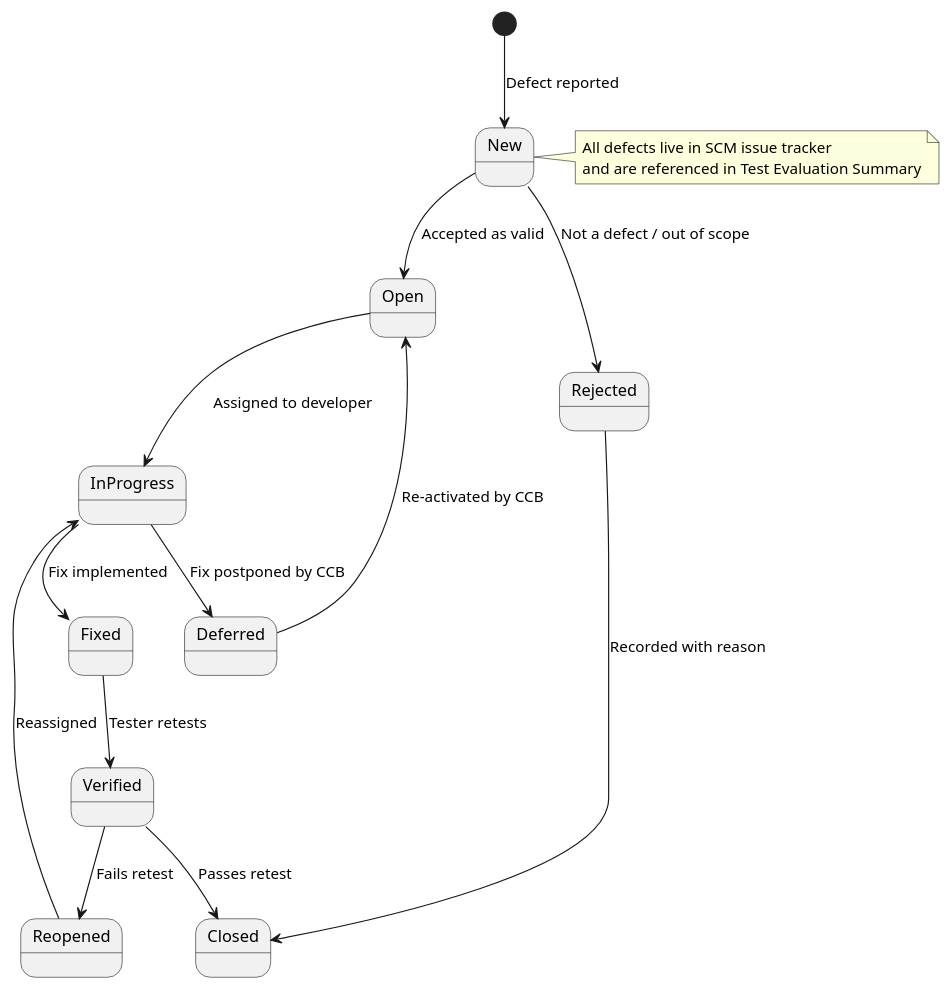
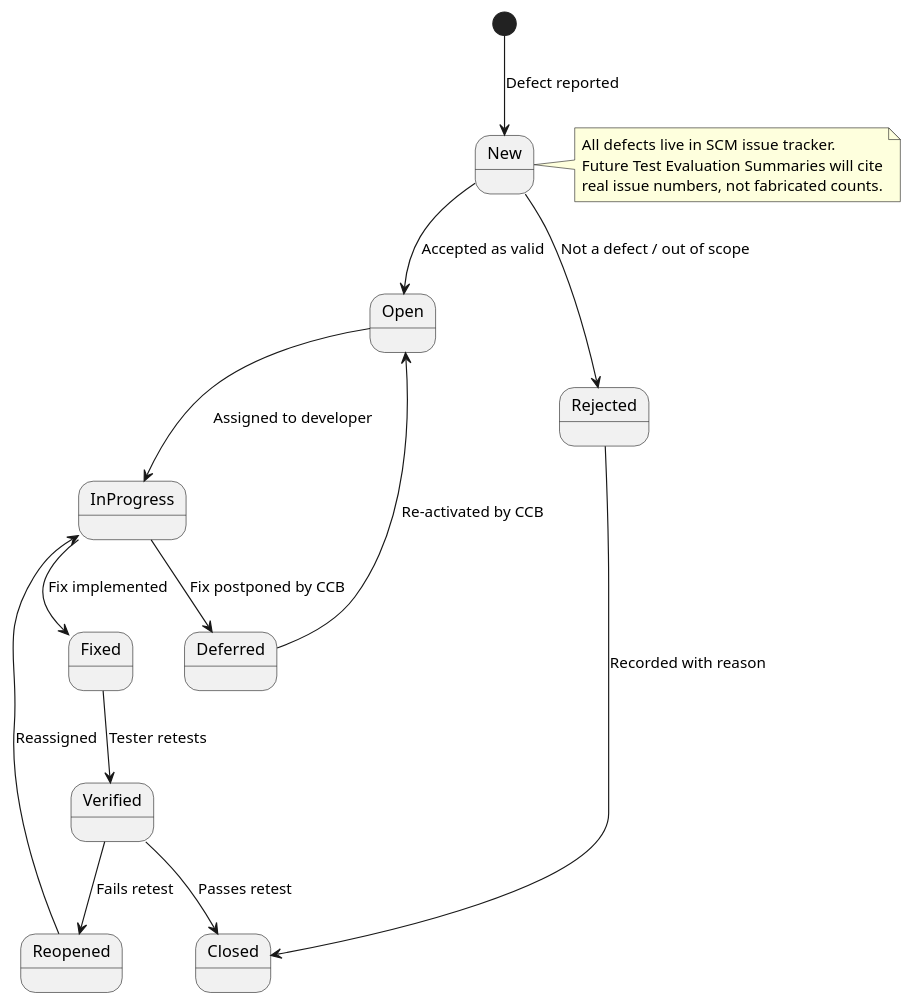
The third of 3 diagrams in docs/artifacts/test/test-evaluation-summary.md (banense-test/portal), drawn with PlantUML before and after one commit. The commit also changed other lines of this file, not shown here.

First line of the commit message:
Test Manager [I2]: upsert Test Evaluation Summary

````diff
--- a/docs/artifacts/test/test-evaluation-summary.md
+++ b/docs/artifacts/test/test-evaluation-summary.md
@@ -149,21 +150,22 @@
 ```plantuml
 @startuml Defect_Lifecycle
 [*] --> New : Defect reported
 New --> Open : Accepted as valid
 Open --> InProgress : Assigned to developer
 InProgress --> Fixed : Fix implemented
 Fixed --> Verified : Tester retests
 Verified --> Closed : Passes retest
 Verified --> Reopened : Fails retest
 Reopened --> InProgress : Reassigned
 New --> Rejected : Not a defect / out of scope
 Rejected --> Closed : Recorded with reason
 InProgress --> Deferred : Fix postponed by CCB
 Deferred --> Open : Re-activated by CCB
 
 note right of New
-  All defects live in SCM issue tracker
-  and are referenced in Test Evaluation Summary
+  All defects live in SCM issue tracker.
+  Future Test Evaluation Summaries will cite
+  real issue numbers, not fabricated counts.
 end note
 @enduml
 ```
````
